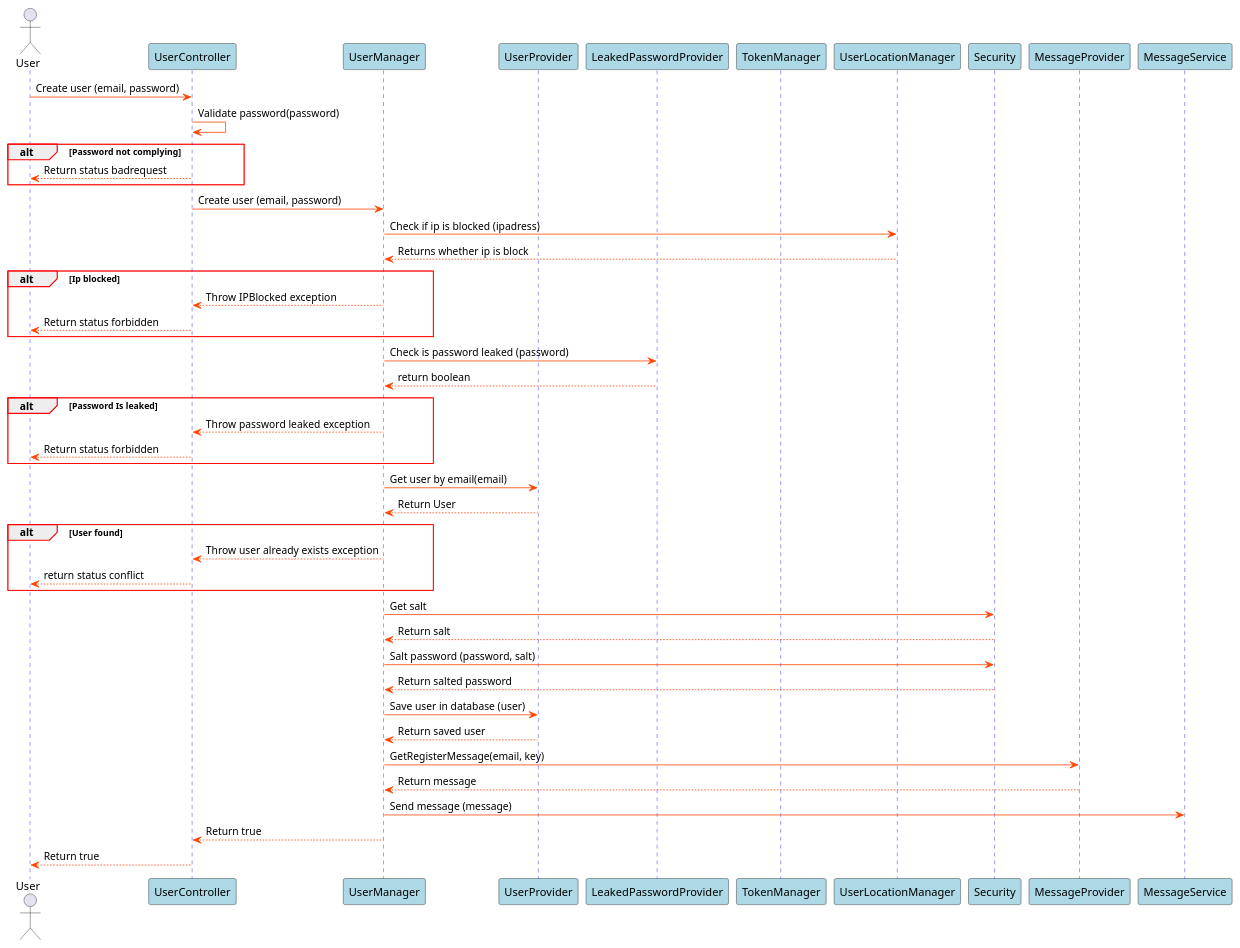
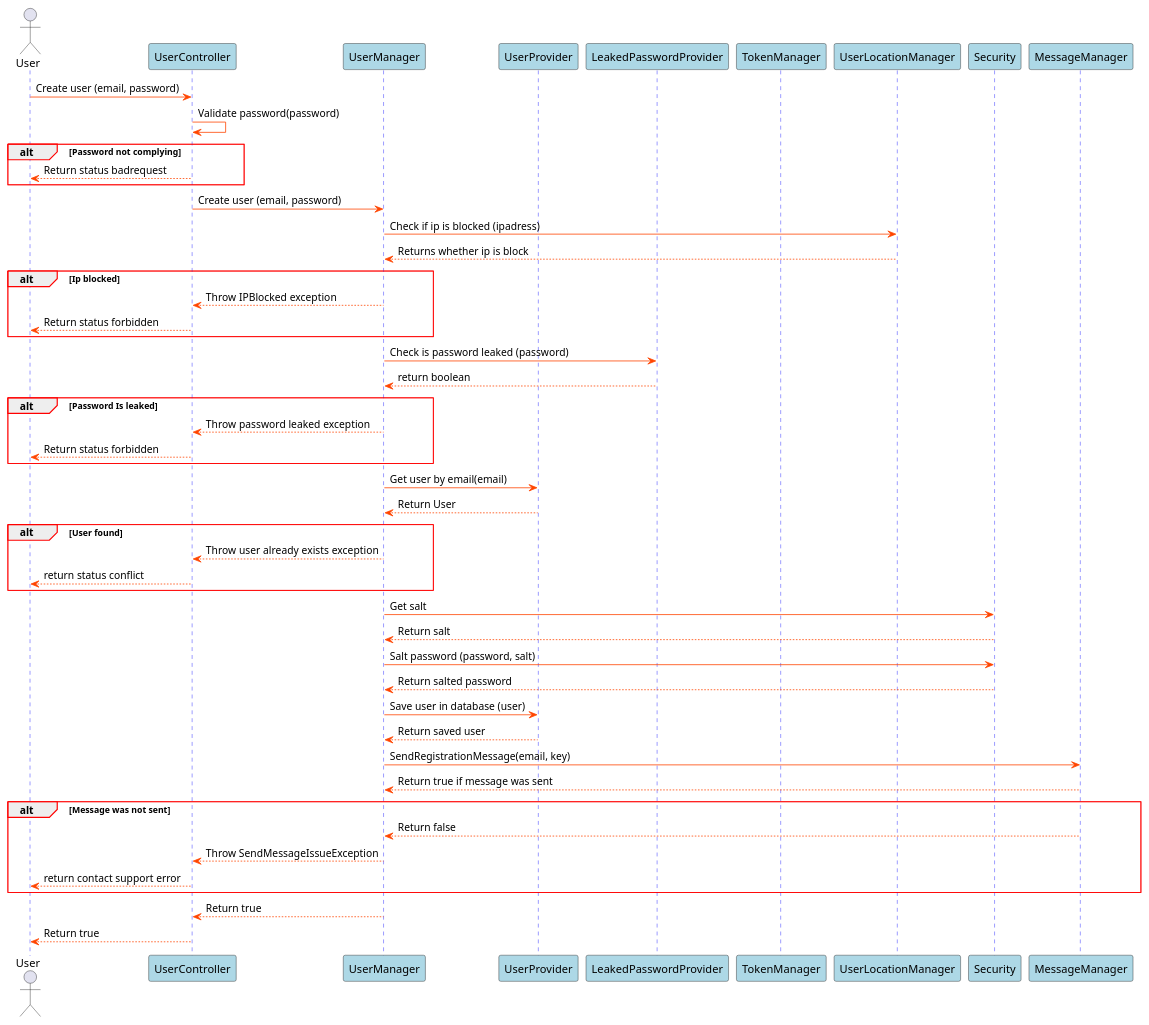
Before and after one commit to blackout1471/trust-us-school: the diagram in Docs/SDDiagrams/CreateUserSD.plantuml, drawn with PlantUML. The commit also changed 5 other files, not shown here.

Commit message:
Added diagrams and unit tests for messagemanager

```diff
--- a/Docs/SDDiagrams/CreateUserSD.plantuml
+++ b/Docs/SDDiagrams/CreateUserSD.plantuml
@@ -1,79 +1,82 @@
 @startuml Create User SD
 
 skinparam sequence {
     GroupBorderColor red
     GroupBorderThickness 1
 
     ArrowColor orangered
 
     LifeLineBorderColor blue
 
     ParticipantBackgroundColor lightblue
 }
 
 actor User
 participant UserController
 participant UserManager
 participant UserProvider
 participant LeakedPasswordProvider
 participant TokenManager
 participant UserLocationManager
 participant Security
-participant MessageProvider
-participant MessageService
+participant MessageManager
 
 
 
 User->UserController: Create user (email, password)
 UserController->UserController: Validate password(password)
 
 alt Password not complying
 UserController-->User: Return status badrequest
 end
 
 UserController->UserManager: Create user (email, password)
 UserManager->UserLocationManager: Check if ip is blocked (ipadress)
 UserLocationManager-->UserManager: Returns whether ip is block
 
 alt Ip blocked
 UserManager-->UserController: Throw IPBlocked exception
 UserController-->User: Return status forbidden
 end
 
 
 UserManager->LeakedPasswordProvider: Check is password leaked (password)
 LeakedPasswordProvider-->UserManager: return boolean
 
 alt Password Is leaked
 UserManager-->UserController: Throw password leaked exception
 UserController-->User: Return status forbidden
 end
 
 UserManager->UserProvider: Get user by email(email)
 UserProvider-->UserManager: Return User
 
 alt User found
 
 UserManager-->UserController: Throw user already exists exception
 UserController-->User: return status conflict
 
 end
 
 
 UserManager->Security: Get salt
 Security-->UserManager: Return salt
 
 UserManager->Security: Salt password (password, salt)
 Security-->UserManager: Return salted password
 
 UserManager->UserProvider: Save user in database (user)
 UserProvider-->UserManager: Return saved user
 
-UserManager->MessageProvider: GetRegisterMessage(email, key)
-MessageProvider-->UserManager: Return message
-UserManager->MessageService: Send message (message)
+UserManager->MessageManager: SendRegistrationMessage(email, key)
+MessageManager-->UserManager: Return true if message was sent
+alt Message was not sent
+MessageManager-->UserManager: Return false
+UserManager --> UserController: Throw SendMessageIssueException
+UserController --> User: return contact support error
 
+end
 UserManager-->UserController: Return true
 UserController-->User: Return true
 
 @enduml
```
